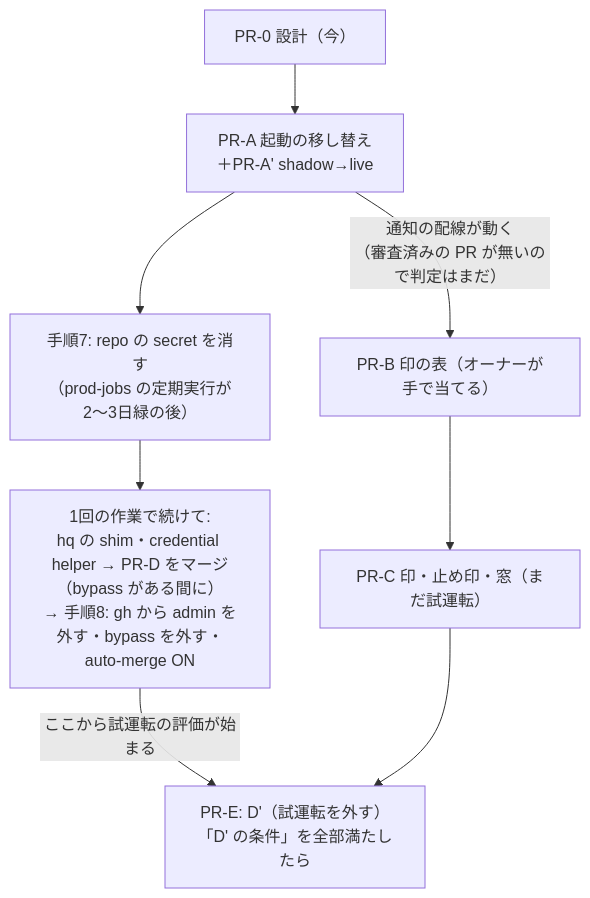
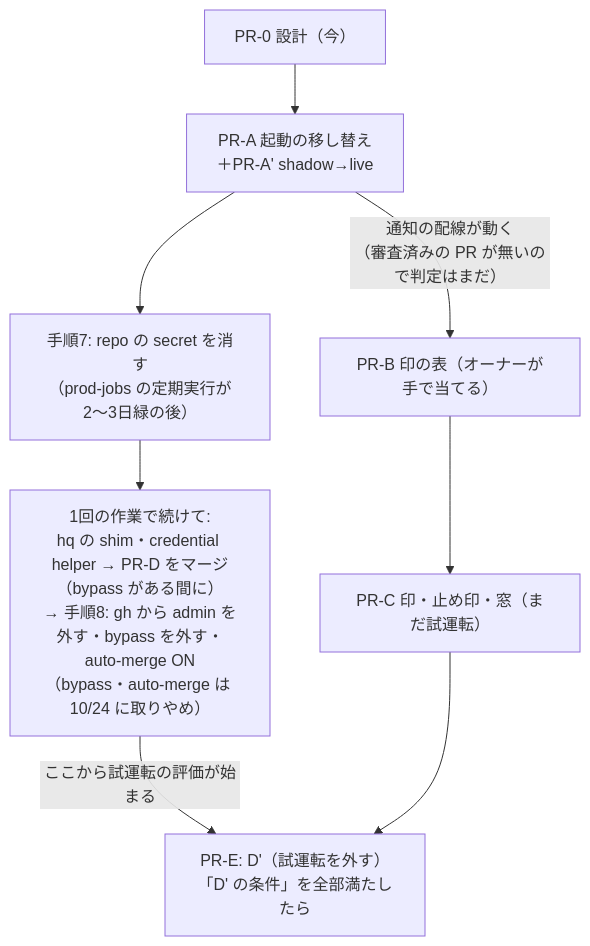
Before and after one commit to rhapsody0919/boatrace-ai-predictor: the third of 3 diagrams in docs/design/db-apply-automation-finish/plan.md, drawn with Mermaid. The commit also changed other lines of this file and 3 other files, not shown here.

Commit message:
docs: 身元の分離の手順8の bypass を外す・auto-merge の ON をやめる（2026-10-24 オーナー決定）

````diff
--- a/docs/design/db-apply-automation-finish/plan.md
+++ b/docs/design/db-apply-automation-finish/plan.md
@@ -236,10 +238,10 @@
 ```mermaid
 flowchart TD
   S0["PR-0 設計（今）"] --> S1["PR-A 起動の移し替え<br/>＋PR-A' shadow→live"]
   S1 -->|"通知の配線が動く<br/>（審査済みの PR が無いので判定はまだ）"| S2["PR-B 印の表（オーナーが手で当てる）"]
   S2 --> S3["PR-C 印・止め印・窓（まだ試運転）"]
   S1 --> S4["手順7: repo の secret を消す<br/>（prod-jobs の定期実行が2〜3日緑の後）"]
-  S4 --> S7["1回の作業で続けて:<br/>hq の shim・credential helper → PR-D をマージ（bypass がある間に）<br/>→ 手順8: gh から admin を外す・bypass を外す・auto-merge ON"]
+  S4 --> S7["1回の作業で続けて:<br/>hq の shim・credential helper → PR-D をマージ（bypass がある間に）<br/>→ 手順8: gh から admin を外す・bypass を外す・auto-merge ON<br/>（bypass・auto-merge は 10/24 に取りやめ）"]
   S7 -->|"ここから試運転の評価が始まる"| S8
   S3 --> S8["PR-E: D'（試運転を外す）<br/>「D' の条件」を全部満たしたら"]
 ```
````
